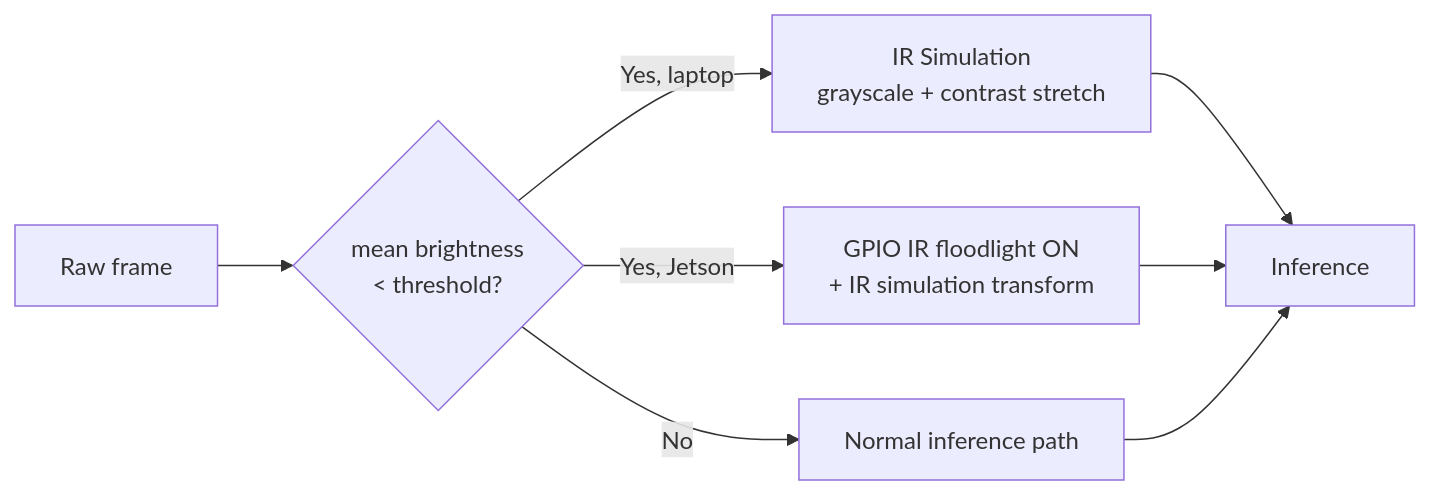
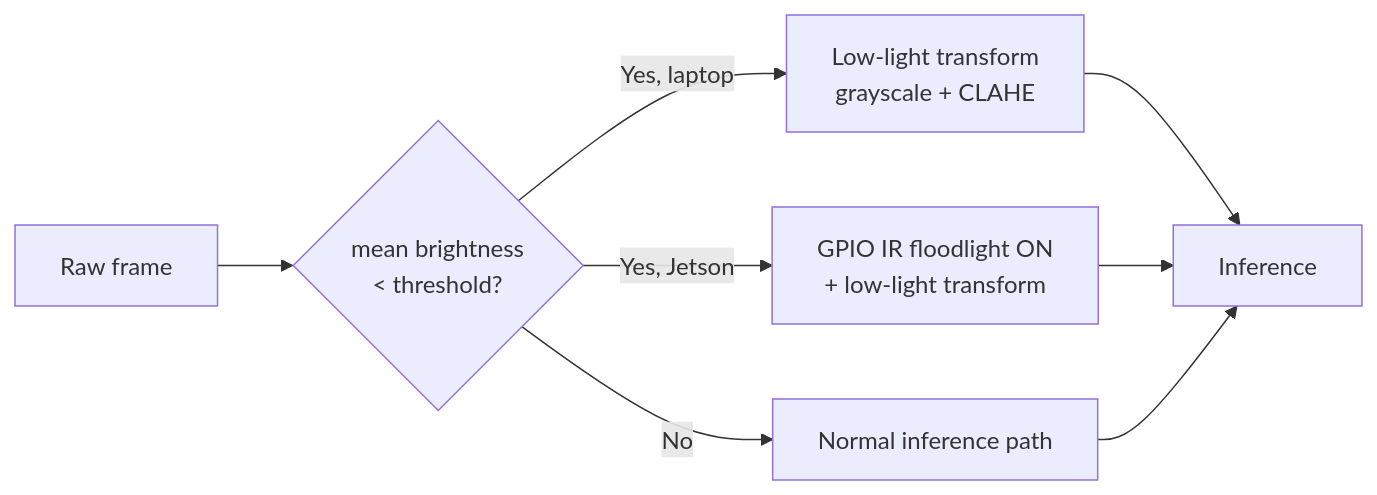
Before and after one commit to afonsocosta90/CatBowlWatch: the fourth of 4 diagrams in docs/ARCHITECTURE.md, drawn with Mermaid. The commit also changed other lines of this file and 6 other files, not shown here.

````diff
--- a/docs/ARCHITECTURE.md
+++ b/docs/ARCHITECTURE.md
@@ -181,10 +205,10 @@
 ```mermaid
 flowchart LR
-    FRAME["Raw frame"] --> BRIGHT{"mean brightness\n< threshold?"}
+    FRAME["Raw frame"] --> BRIGHT{"mean brightness<br/>< threshold?"}
     BRIGHT -->|No| NORM["Normal inference path"]
-    BRIGHT -->|Yes, laptop| IRSIM["IR Simulation\ngrayscale + contrast stretch"]
-    BRIGHT -->|Yes, Jetson| GPIO["GPIO IR floodlight ON\n+ IR simulation transform"]
+    BRIGHT -->|Yes, laptop| IRSIM["Low-light transform<br/>grayscale + CLAHE"]
+    BRIGHT -->|Yes, Jetson| GPIO["GPIO IR floodlight ON<br/>+ low-light transform"]
     IRSIM --> INF["Inference"]
     GPIO --> INF
     NORM --> INF
 ```
````
